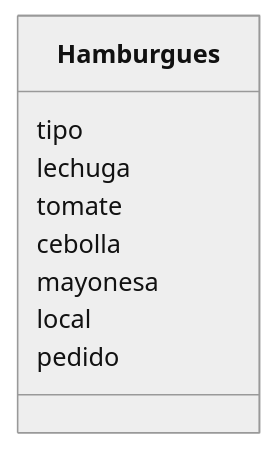
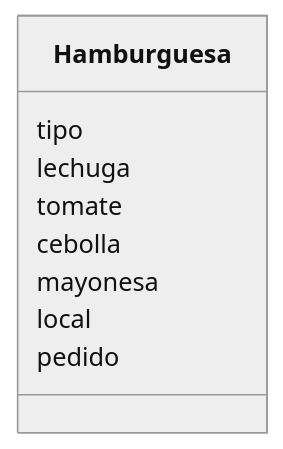
Before and after one commit to StephanieApaza/psg-oop-2025: the diagram in retos_sesion_01/ejercicio_01.md, drawn with Mermaid (neutral theme).

Commit message:
Cambio de nombre de clase por Hamburguesa

````diff
--- a/retos_sesion_01/ejercicio_01.md
+++ b/retos_sesion_01/ejercicio_01.md
@@ -50,12 +50,12 @@
 ```mermaid
 classDiagram
-    class Hamburgues{
+    class Hamburguesa{
         tipo
         lechuga
         tomate
         cebolla
         mayonesa
         local
         pedido
     }
 ```
````
